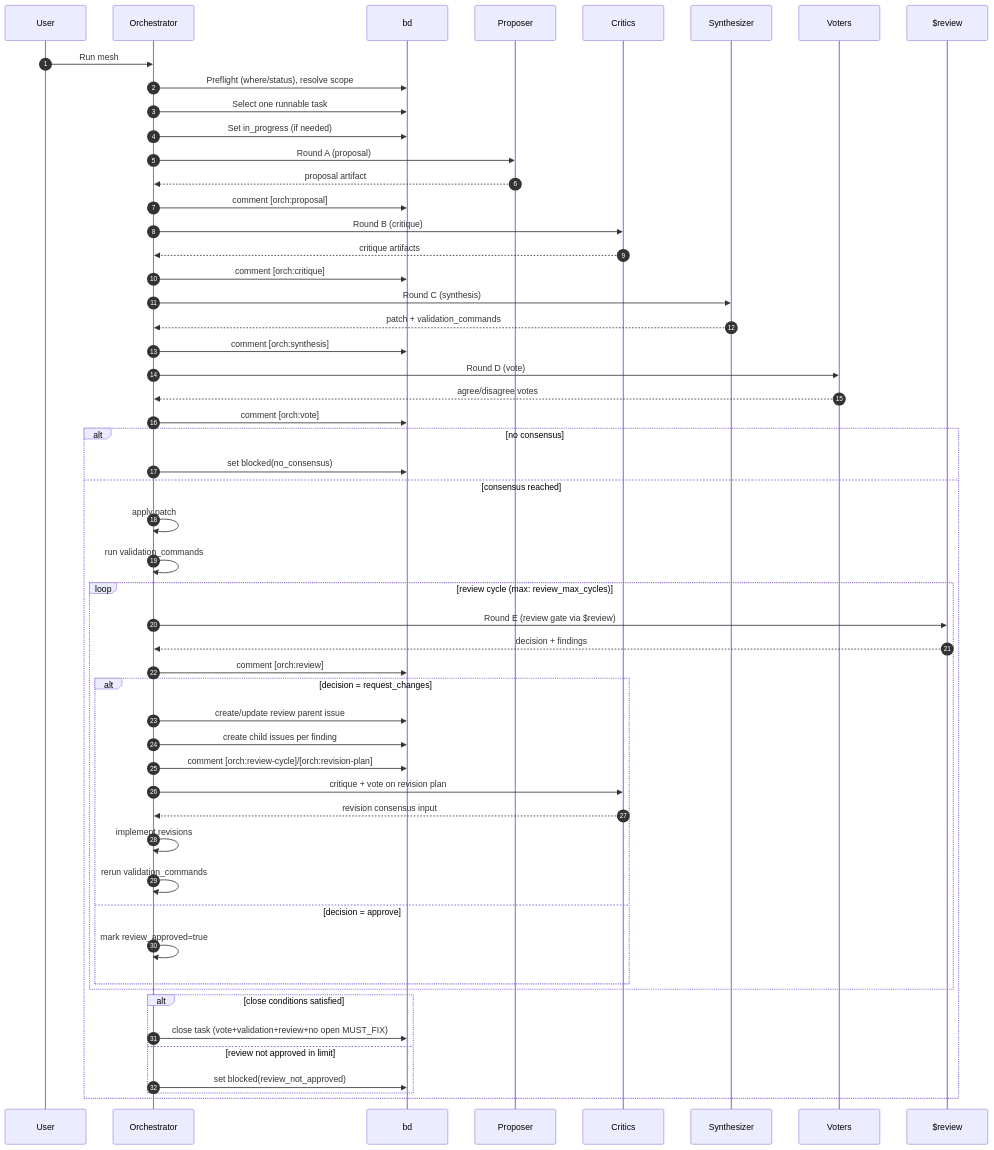
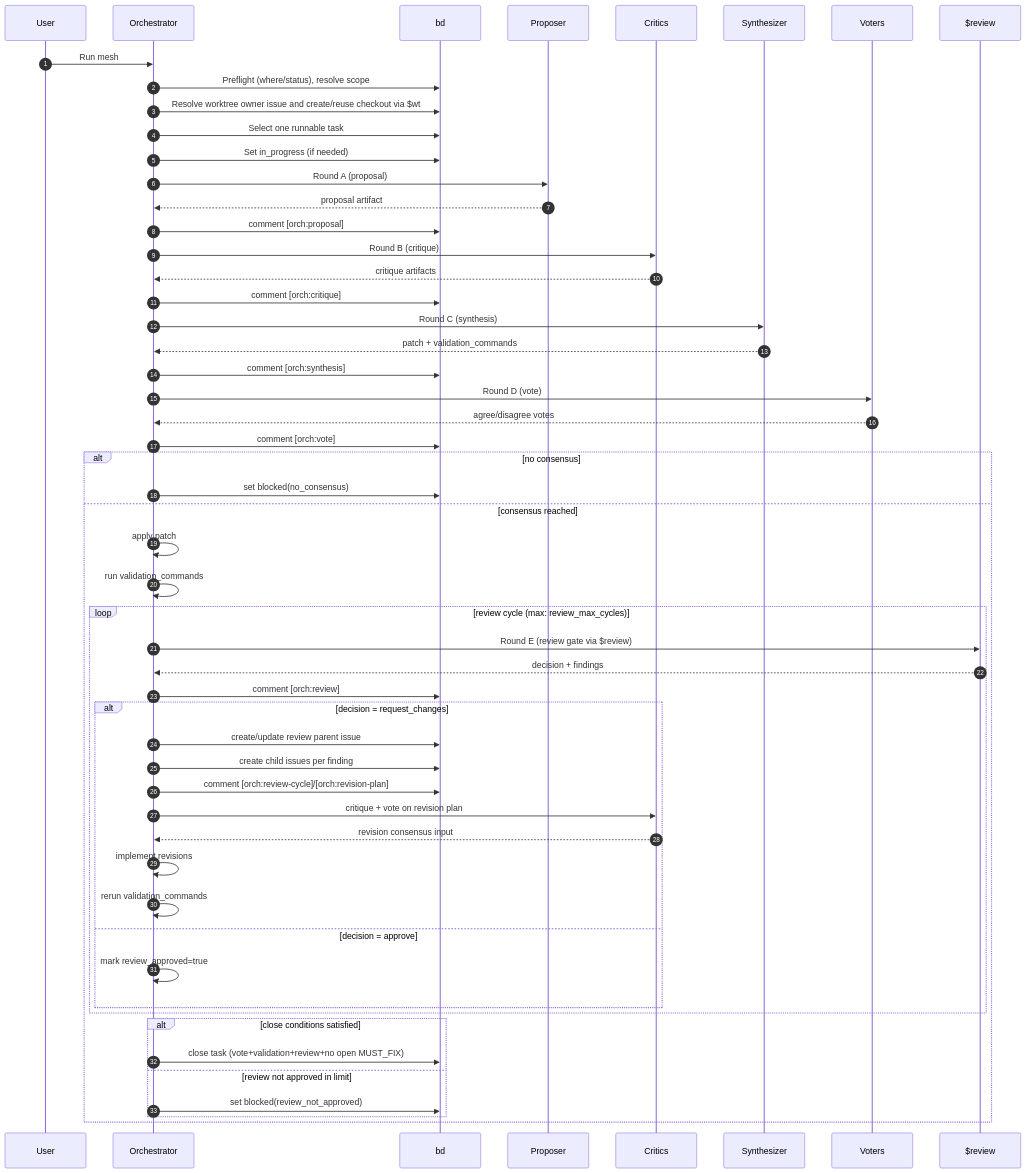
One commit to hrfmmr/dotfiles changed the diagram in codex/skills/mesh/SKILL.md. Above: the diagram before and after it, drawn with Mermaid. The commit also changed other lines of this file, not shown here.

Commit message:
chore: require worktree checkout in mesh

````diff
--- a/codex/skills/mesh/SKILL.md
+++ b/codex/skills/mesh/SKILL.md
@@ -401,64 +425,65 @@
 ```mermaid
 sequenceDiagram
     autonumber
     participant U as User
     participant O as Orchestrator
     participant BD as bd
     participant P as Proposer
     participant C as Critics
     participant S as Synthesizer
     participant V as Voters
     participant R as $review
 
     U->>O: Run mesh
     O->>BD: Preflight (where/status), resolve scope
+    O->>BD: Resolve worktree owner issue and create/reuse checkout via $wt
     O->>BD: Select one runnable task
     O->>BD: Set in_progress (if needed)
 
     O->>P: Round A (proposal)
     P-->>O: proposal artifact
     O->>BD: comment [orch:proposal]
 
     O->>C: Round B (critique)
     C-->>O: critique artifacts
     O->>BD: comment [orch:critique]
 
     O->>S: Round C (synthesis)
     S-->>O: patch + validation_commands
     O->>BD: comment [orch:synthesis]
 
     O->>V: Round D (vote)
     V-->>O: agree/disagree votes
     O->>BD: comment [orch:vote]
 
     alt no consensus
         O->>BD: set blocked(no_consensus)
     else consensus reached
         O->>O: apply patch
         O->>O: run validation_commands
 
         loop review cycle (max: review_max_cycles)
             O->>R: Round E (review gate via $review)
             R-->>O: decision + findings
             O->>BD: comment [orch:review]
 
             alt decision = request_changes
                 O->>BD: create/update review parent issue
                 O->>BD: create child issues per finding
                 O->>BD: comment [orch:review-cycle]/[orch:revision-plan]
                 O->>C: critique + vote on revision plan
                 C-->>O: revision consensus input
                 O->>O: implement revisions
                 O->>O: rerun validation_commands
             else decision = approve
                 O->>O: mark review_approved=true
             end
         end
 
         alt close conditions satisfied
             O->>BD: close task (vote+validation+review+no open MUST_FIX)
         else review not approved in limit
             O->>BD: set blocked(review_not_approved)
         end
     end
 ```
````
